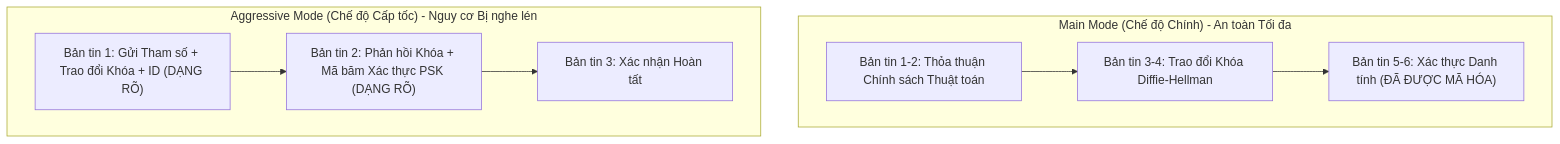
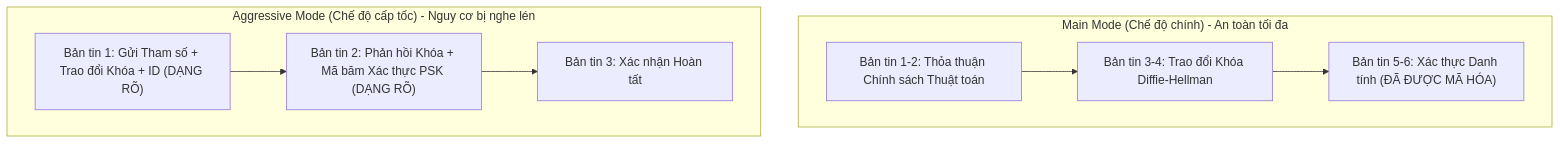
One commit to phattvh/HackTheBox_Translate changed the third of 3 diagrams in Junior Cybersecurity Analyst/3. Introduction to Networking/18. Key Exchange Mechanisms.md. Above: the diagram before and after it, drawn with Mermaid. The commit also changed other lines of this file and 5 other files, not shown here.

````diff
--- a/Junior Cybersecurity Analyst/3. Introduction to Networking/18. Key Exchange Mechanisms.md
+++ b/Junior Cybersecurity Analyst/3. Introduction to Networking/18. Key Exchange Mechanisms.md
@@ -108,12 +108,12 @@
 ```mermaid
 graph TD
-    subgraph "Main Mode (Chế độ Chính) - An toàn Tối đa"
+    subgraph "Main Mode (Chế độ chính) - An toàn tối đa"
         M1["Bản tin 1-2: Thỏa thuận Chính sách Thuật toán"] --> M2["Bản tin 3-4: Trao đổi Khóa Diffie-Hellman"]
         M2 --> M3["Bản tin 5-6: Xác thực Danh tính (ĐÃ ĐƯỢC MÃ HÓA)"]
     end
 
-    subgraph "Aggressive Mode (Chế độ Cấp tốc) - Nguy cơ Bị nghe lén"
+    subgraph "Aggressive Mode (Chế độ cấp tốc) - Nguy cơ bị nghe lén"
         A1["Bản tin 1: Gửi Tham số + Trao đổi Khóa + ID (DẠNG RÕ)"] --> A2["Bản tin 2: Phản hồi Khóa + Mã băm Xác thực PSK (DẠNG RÕ)"]
         A2 --> A3["Bản tin 3: Xác nhận Hoàn tất"]
     end
 ```
````
